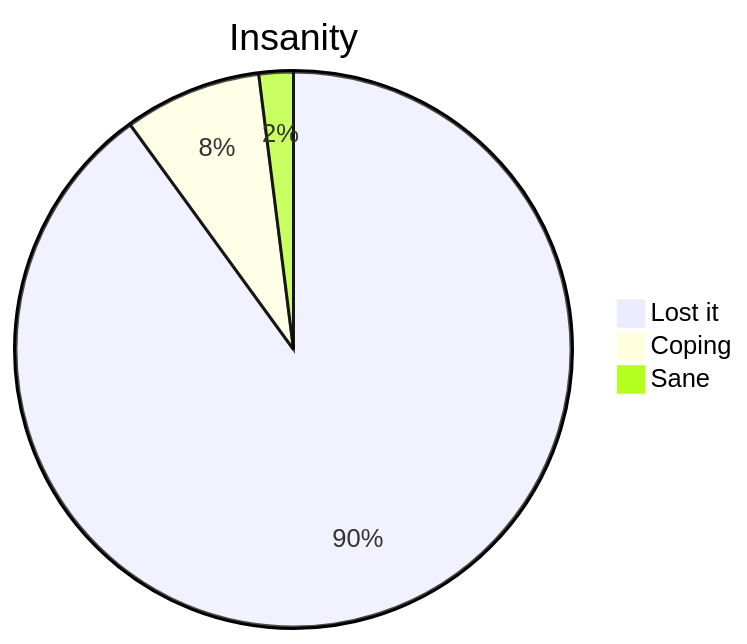
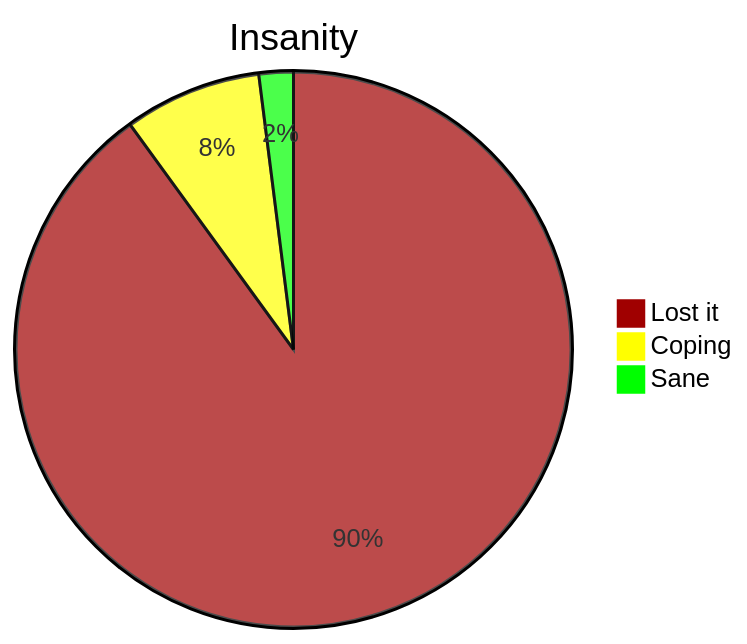
One commit to nounontoi/Multi changed the fourth of 4 diagrams in README.md. Above: the diagram before and after it, drawn with Mermaid. The commit also changed other lines of this file, not shown here.

````diff
--- a/README.md
+++ b/README.md
@@ -87,6 +87,7 @@
 ```mermaid
+%%{init: {'themeVariables': { 'pie1': '#A00000', 'pie2': '#FFFF00', 'pie3': '#00FF00'}}}%%
 pie title Insanity
     "Lost it" : 90
     "Coping" : 8
     "Sane" : 2
 ```
````
